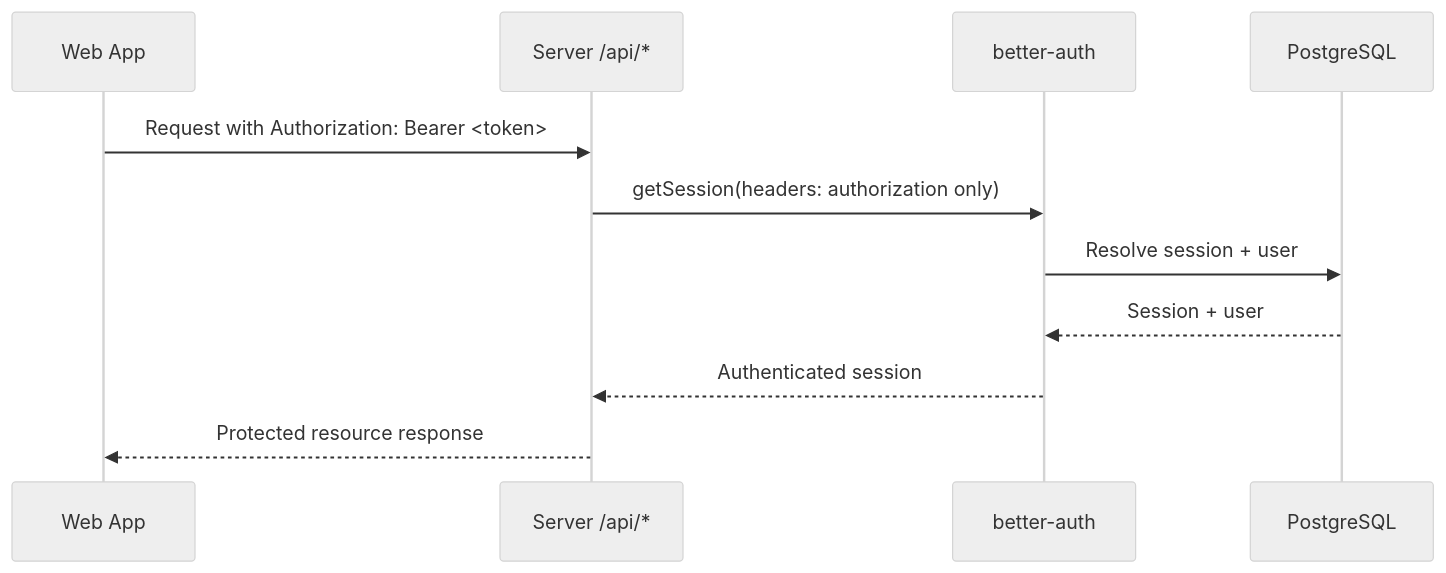
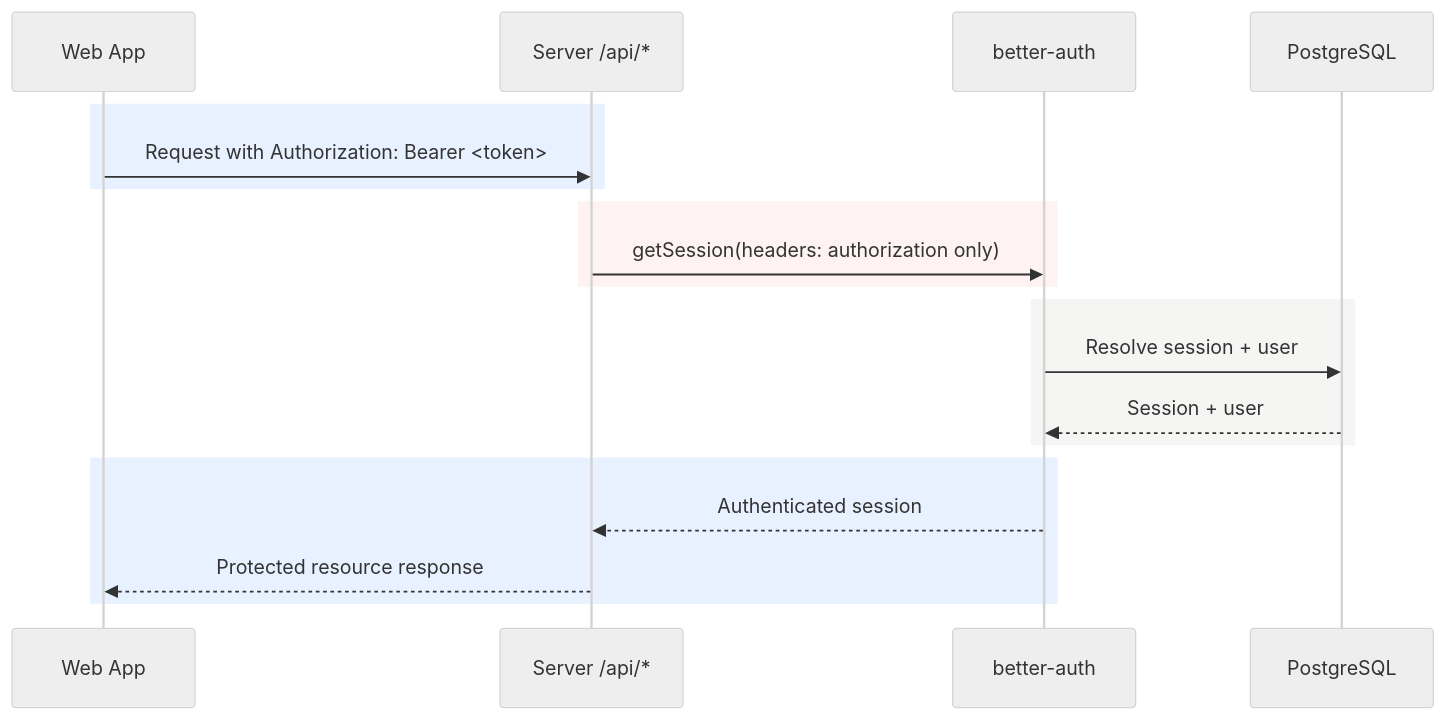
The third of 3 diagrams in docs/architecture/access-control.md (brandonbryant12/content-studio), drawn with Mermaid (neutral theme) before and after one commit. The commit also changed other lines of this file and 109 other files, not shown here.

````diff
--- a/docs/architecture/access-control.md
+++ b/docs/architecture/access-control.md
@@ -76,14 +95,22 @@
 ```mermaid
 sequenceDiagram
   participant W as Web App
   participant API as Server /api/*
   participant BA as better-auth
   participant DB as PostgreSQL
 
-  W->>API: Request with Authorization: Bearer <token>
-  API->>BA: getSession(headers: authorization only)
-  BA->>DB: Resolve session + user
-  DB-->>BA: Session + user
-  BA-->>API: Authenticated session
-  API-->>W: Protected resource response
+  rect rgb(232, 241, 255)
+    W->>API: Request with Authorization: Bearer <token>
+  end
+  rect rgb(254, 242, 242)
+    API->>BA: getSession(headers: authorization only)
+  end
+  rect rgb(245, 245, 244)
+    BA->>DB: Resolve session + user
+    DB-->>BA: Session + user
+  end
+  rect rgb(232, 241, 255)
+    BA-->>API: Authenticated session
+    API-->>W: Protected resource response
+  end
 ```
````
